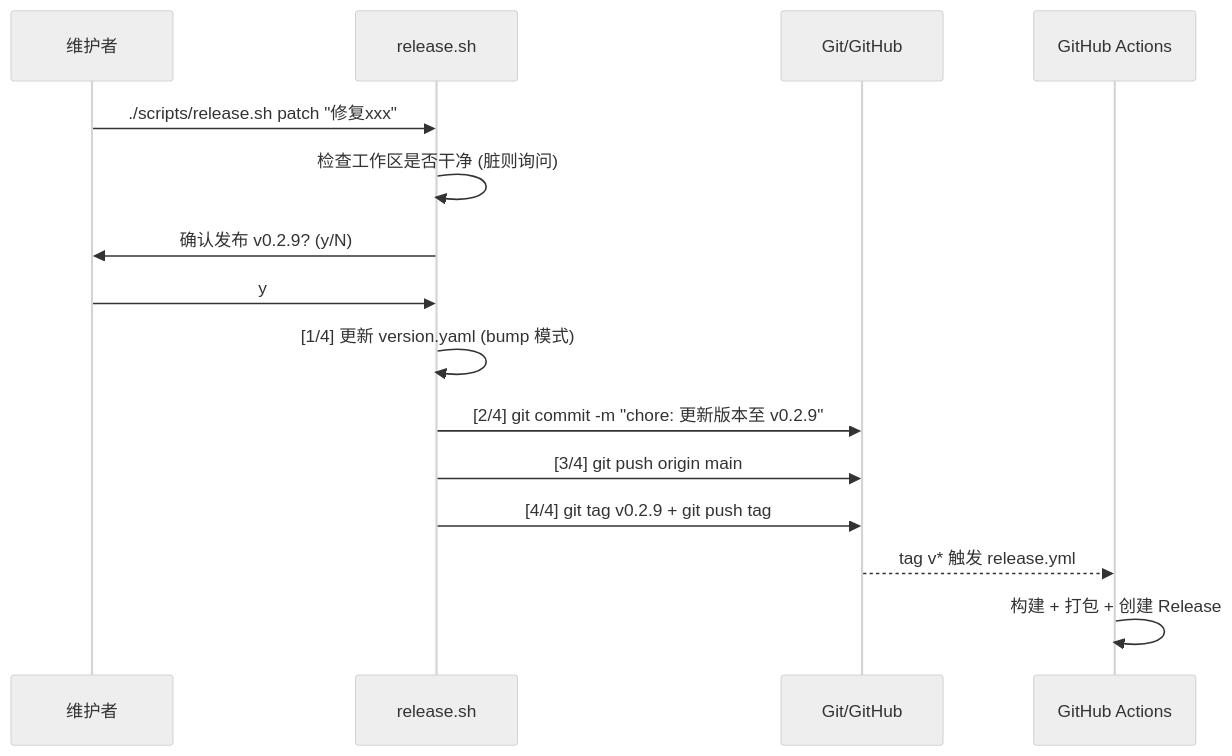
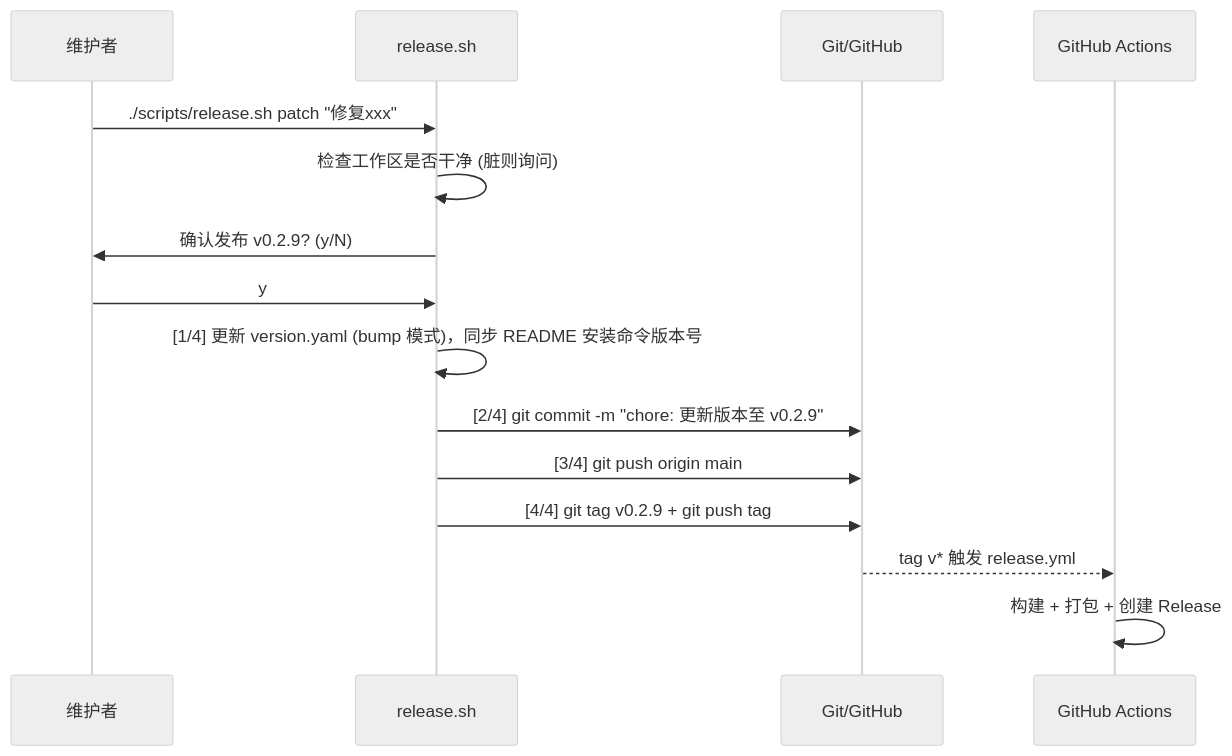
Before and after one commit to gonewx/nextalk: the third of 5 diagrams in docs/build-and-release_zh.md, drawn with Mermaid (neutral theme). The commit also changed 2 other files, not shown here.

Commit message:
chore: release.sh 发版时同步 README 安装命令中的包版本号

````diff
--- a/docs/build-and-release_zh.md
+++ b/docs/build-and-release_zh.md
@@ -219,18 +219,18 @@
 ```mermaid
 sequenceDiagram
     participant U as 维护者
     participant R as release.sh
     participant G as Git/GitHub
     participant CI as GitHub Actions
 
     U->>R: ./scripts/release.sh patch "修复xxx"
     R->>R: 检查工作区是否干净 (脏则询问)
     R->>U: 确认发布 v0.2.9? (y/N)
     U->>R: y
-    R->>R: [1/4] 更新 version.yaml (bump 模式)
+    R->>R: [1/4] 更新 version.yaml (bump 模式)，同步 README 安装命令版本号
     R->>G: [2/4] git commit -m "chore: 更新版本至 v0.2.9"
     R->>G: [3/4] git push origin main
     R->>G: [4/4] git tag v0.2.9 + git push tag
     G-->>CI: tag v* 触发 release.yml
     CI->>CI: 构建 + 打包 + 创建 Release
 ```
````
